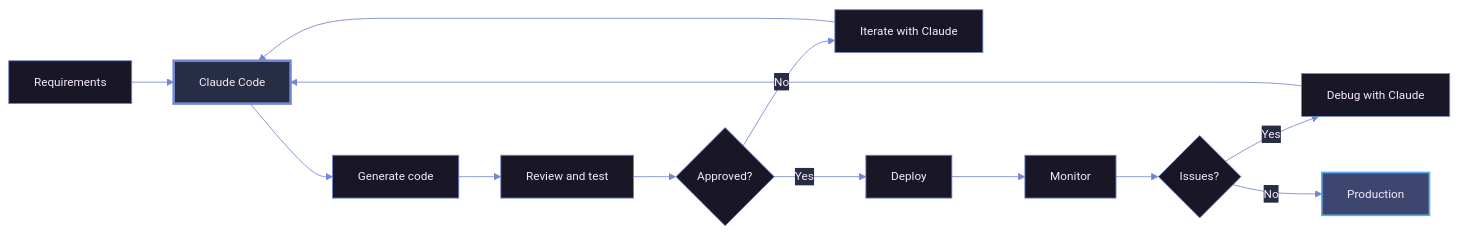
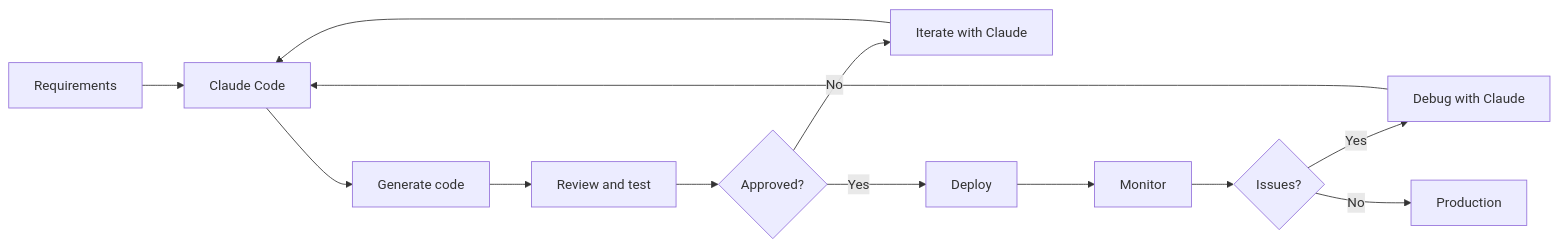
One commit to v-amorim/portfolio changed the diagram in docs/blog/claude-code-data-engineering.md. Above: the diagram before and after it, drawn with Mermaid. The commit also changed 6 other files, not shown here.

````diff
--- a/docs/blog/claude-code-data-engineering.md
+++ b/docs/blog/claude-code-data-engineering.md
@@ -19,19 +19,16 @@
 ```mermaid
-%%{init: {'theme':'base', 'themeVariables': { 'primaryColor':'#191726','primaryTextColor':'#f8eaf8','primaryBorderColor':'#7386d0','lineColor':'#7386d0','secondaryColor':'#272d44','secondaryTextColor':'#f8eaf8','secondaryBorderColor':'#5dabf3','tertiaryColor':'#3c466f','tertiaryTextColor':'#f8eaf8','tertiaryBorderColor':'#79c0ff','background':'transparent','mainBkg':'#191726','textColor':'#f8eaf8','fontSize':'14px','fontFamily':'Inter, system-ui, sans-serif'}}}%%
 graph LR
     A[Requirements] --> B[Claude Code]
     B --> C[Generate code]
     C --> D[Review and test]
     D --> E{Approved?}
     E -->|No| F[Iterate with Claude]
     F --> B
     E -->|Yes| G[Deploy]
     G --> H[Monitor]
     H --> I{Issues?}
     I -->|Yes| J[Debug with Claude]
     J --> B
     I -->|No| K[Production]
 
-    style B fill:#272d44,stroke:#7386d0,stroke-width:3px
-    style K fill:#3c466f,stroke:#5dabf3,stroke-width:2px
 ```
````
